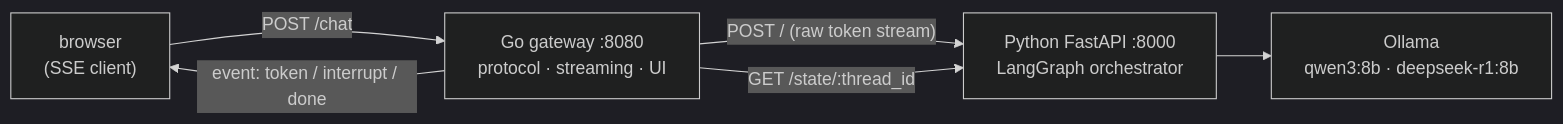
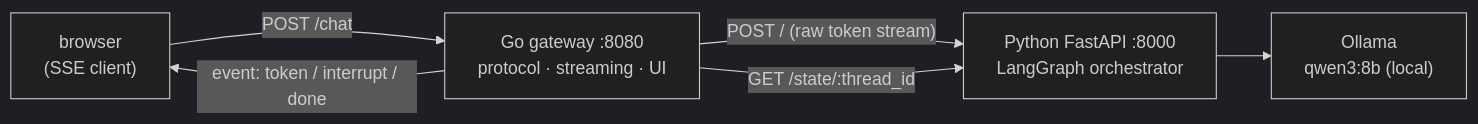
The first of 2 diagrams in README.md (bswebdevlpr/YourAiWorkforce), drawn with Mermaid (dark theme) before and after one commit. The commit also changed other lines of this file and 3 other files, not shown here.

Commit message:
README 슬림화 + hard problems를 docs/engineering-notes로 분리 — 미사용 deepseek-r1·Postgres 스캐폴딩 제거하고 실사용(qwen3:8b 단일 모델 / SqliteSaver)으로 문서 정정

````diff
--- a/README.md
+++ b/README.md
@@ -40,13 +40,13 @@
 ```mermaid
 flowchart LR
     B["browser<br/>(SSE client)"]
     G["Go gateway :8080<br/>protocol · streaming · UI"]
     P["Python FastAPI :8000<br/>LangGraph orchestrator"]
-    O["Ollama<br/>qwen3:8b · deepseek-r1:8b"]
+    O["Ollama<br/>qwen3:8b (local)"]
 
     B -->|"POST /chat"| G
     G -->|"event: token / interrupt / done"| B
     G -->|"POST / (raw token stream)"| P
     G -->|"GET /state/:thread_id"| P
     P --> O
 ```
````
